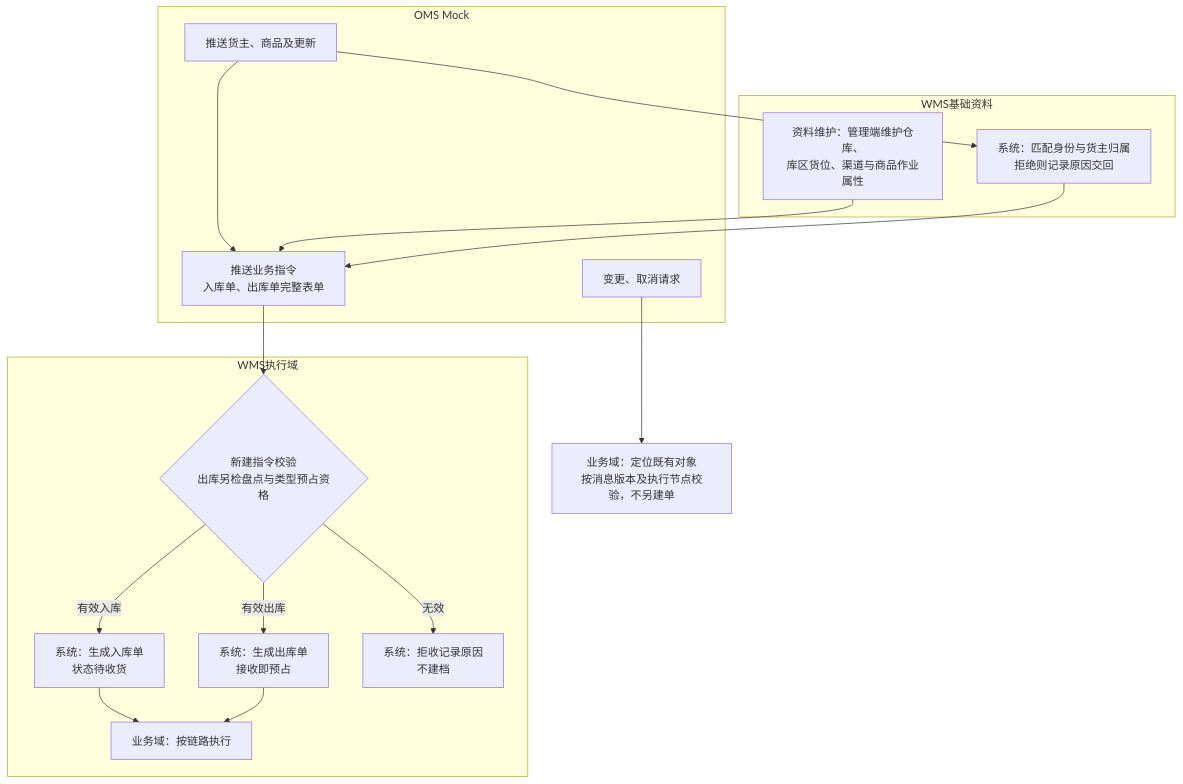
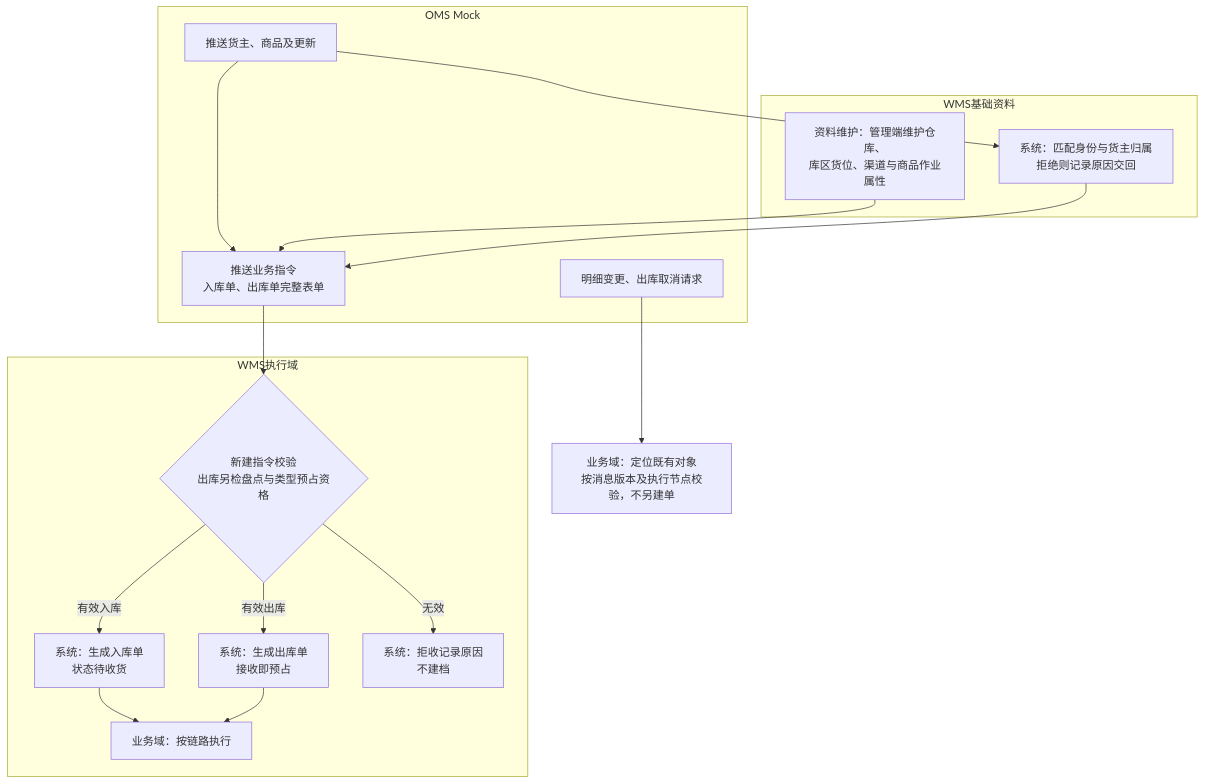
One commit to TopVitamin/QS-WMS-Project changed the first of 5 diagrams in 05-应用设计方案/20261002-MVP版本/系统架构设计/01-系统流程与单据交互.md. Above: the diagram before and after it, drawn with Mermaid. The commit also changed other lines of this file and 63 other files, not shown here.

````diff
--- a/05-应用设计方案/20261002-MVP版本/系统架构设计/01-系统流程与单据交互.md
+++ b/05-应用设计方案/20261002-MVP版本/系统架构设计/01-系统流程与单据交互.md
@@ -13,28 +13,28 @@
 ```mermaid
 flowchart TB
     subgraph OMS Mock
         A[推送货主、商品及更新] --> B[推送业务指令<br/>入库单、出库单完整表单]
-        D[变更、取消请求]
+        D[明细变更、出库取消请求]
     end
     subgraph WMS基础资料
         M1[系统：匹配身份与货主归属<br/>拒绝则记录原因交回]
         M2[资料维护：管理端维护仓库、<br/>库区货位、渠道与商品作业属性]
     end
     subgraph WMS执行域
         E1{新建指令校验<br/>出库另检盘点与类型预占资格}
         E2[系统：生成入库单<br/>状态待收货]
         E3[系统：生成出库单<br/>接收即预占]
         E4[系统：拒收记录原因<br/>不建档]
         F[业务域：按链路执行]
     end
     A --> M1
     M2 --> B
     M1 --> B
     B --> E1
     E1 -->|有效入库| E2
     E1 -->|有效出库| E3
     E1 -->|无效| E4
     E2 --> F
     E3 --> F
     D --> V[业务域：定位既有对象<br/>按消息版本及执行节点校验，不另建单]
 ```
````
